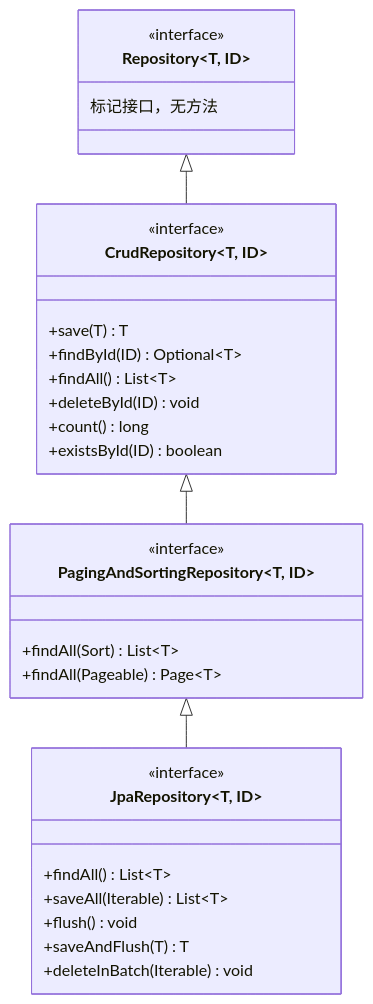
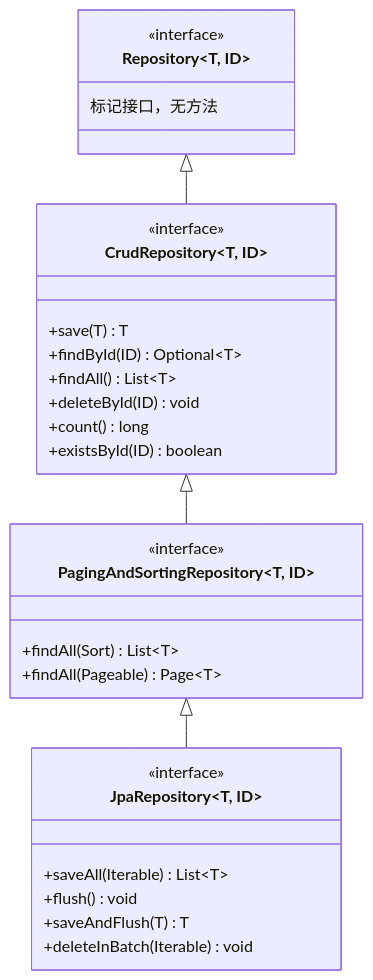
Before and after one commit to b1tzer/spring-world: the first of 2 diagrams in docs/05-spring-data/chapter-02-data-jpa.md, drawn with Mermaid. The commit also changed other lines of this file and 9 other files, not shown here.

````diff
--- a/docs/05-spring-data/chapter-02-data-jpa.md
+++ b/docs/05-spring-data/chapter-02-data-jpa.md
@@ -67,36 +58,35 @@
 ```mermaid
 classDiagram
     class Repository~T, ID~ {
         <<interface>>
         标记接口，无方法
     }
-    
+
     class CrudRepository~T, ID~ {
         <<interface>>
         +save(T) T
         +findById(ID) Optional~T~
         +findAll() List~T~
         +deleteById(ID) void
         +count() long
         +existsById(ID) boolean
     }
-    
+
     class PagingAndSortingRepository~T, ID~ {
         <<interface>>
         +findAll(Sort) List~T~
         +findAll(Pageable) Page~T~
     }
-    
+
     class JpaRepository~T, ID~ {
         <<interface>>
-        +findAll() List~T~
         +saveAll(Iterable) List~T~
         +flush() void
         +saveAndFlush(T) T
         +deleteInBatch(Iterable) void
     }
-    
+
     Repository <|-- CrudRepository
     CrudRepository <|-- PagingAndSortingRepository
     PagingAndSortingRepository <|-- JpaRepository
 ```
````
